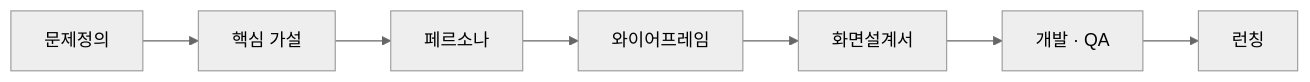
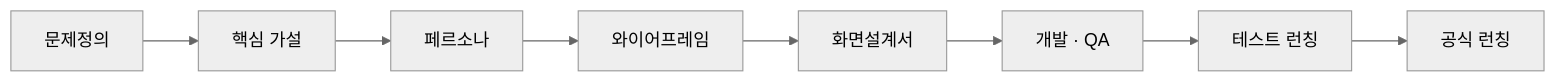
Before and after one commit to 820nam/820nam.github.io: the diagram in _posts/2026-05-18-celebrating-waggle-launch.md, drawn with Mermaid (neutral theme). The commit also changed other lines of this file, not shown here.

First line of the commit message:
fix: 런칭 글 — 테스트/공식 런칭 날짜 정정, 톤 조정

````diff
--- a/_posts/2026-05-18-celebrating-waggle-launch.md
+++ b/_posts/2026-05-18-celebrating-waggle-launch.md
@@ -22,9 +22,10 @@
 ```mermaid
 flowchart LR
     A[문제정의] --> B[핵심 가설]
     B --> C[페르소나]
     C --> D[와이어프레임]
     D --> E[화면설계서]
     E --> F[개발 · QA]
-    F --> G[런칭]
+    F --> G[테스트 런칭]
+    G --> H[공식 런칭]
 ```
````
